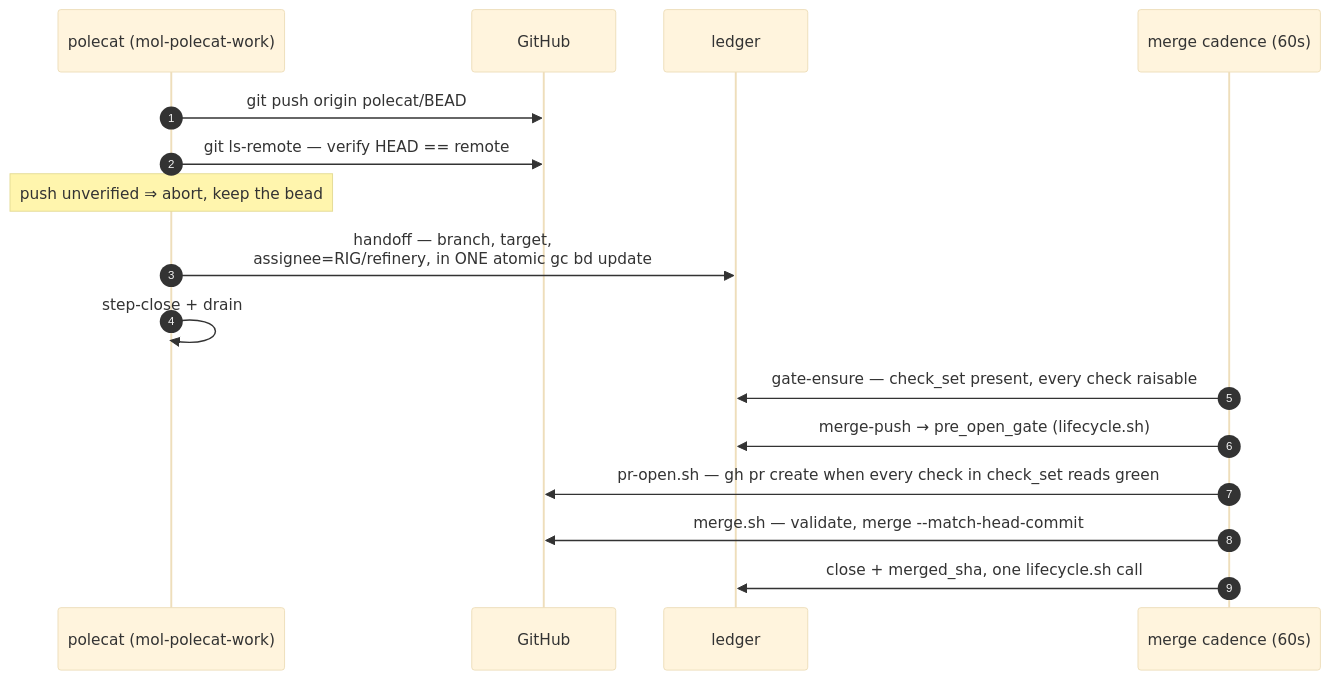
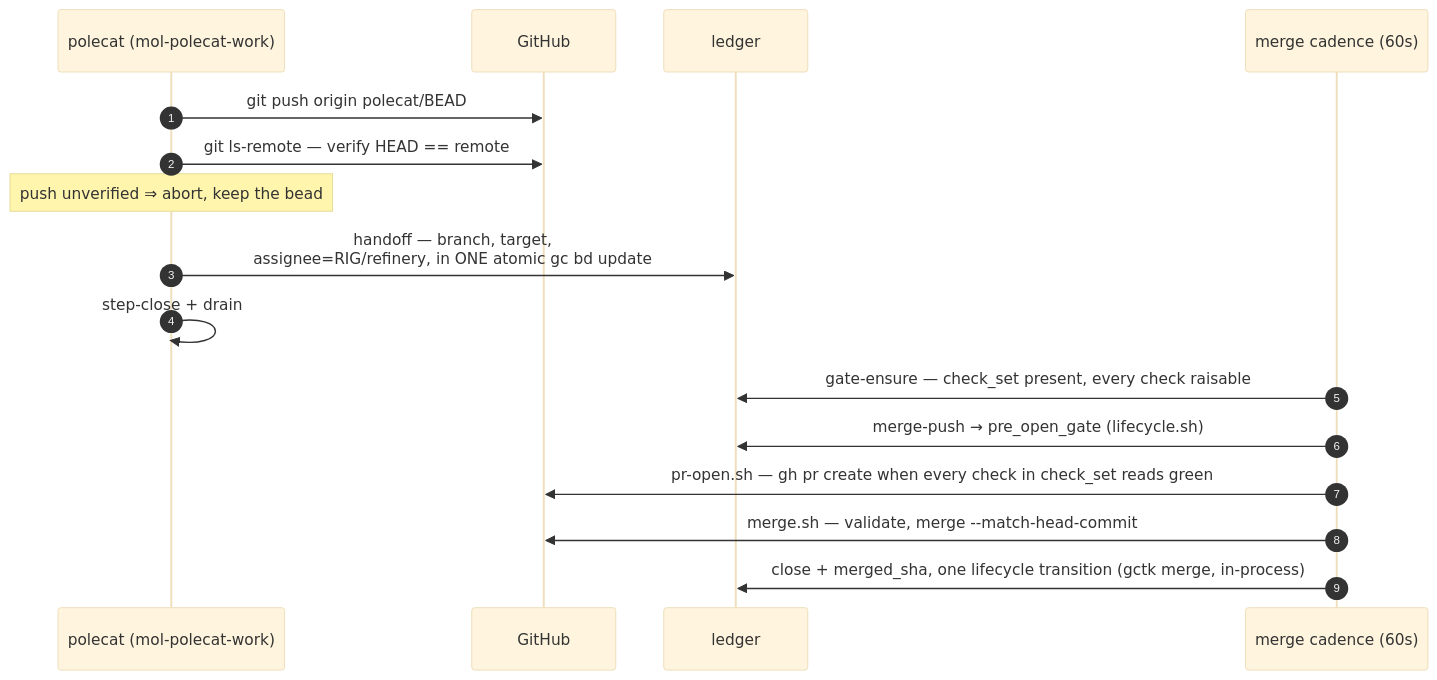
Before and after one commit to zookanalytics/gc-toolkit: the second of 2 diagrams in docs/state-machine.md, drawn with Mermaid (base theme). The commit also changed 1 other file, not shown here.

Commit message:
docs: the merge arm records through the in-process lifecycle writer, not a lifecycle.sh call (tk-cooyf3c)
With merge.sh's shell body gone, nothing on the merge path calls
lifecycle.sh: gctk merge runs the lifecycle transition in-process.
refinery-merge-cadence.md's merge-arm walk and state-machine.md's handoff
sequence still said one lifecycle.sh call.

````diff
--- a/docs/state-machine.md
+++ b/docs/state-machine.md
@@ -614,18 +614,18 @@
 ```mermaid
 sequenceDiagram
   autonumber
   participant P as polecat (mol-polecat-work)
   participant G as GitHub
   participant L as ledger
   participant C as merge cadence (60s)
   P->>G: git push origin polecat/BEAD
   P->>G: git ls-remote — verify HEAD == remote
   Note over P: push unverified ⇒ abort, keep the bead
   P->>L: handoff — branch, target,<br/>assignee=RIG/refinery, in ONE atomic gc bd update
   P->>P: step-close + drain
   C->>L: gate-ensure — check_set present, every check raisable
   C->>L: merge-push → pre_open_gate (lifecycle.sh)
   C->>G: pr-open.sh — gh pr create when every check in check_set reads green
   C->>G: merge.sh — validate, merge --match-head-commit
-  C->>L: close + merged_sha, one lifecycle.sh call
+  C->>L: close + merged_sha, one lifecycle transition (gctk merge, in-process)
 ```
````
